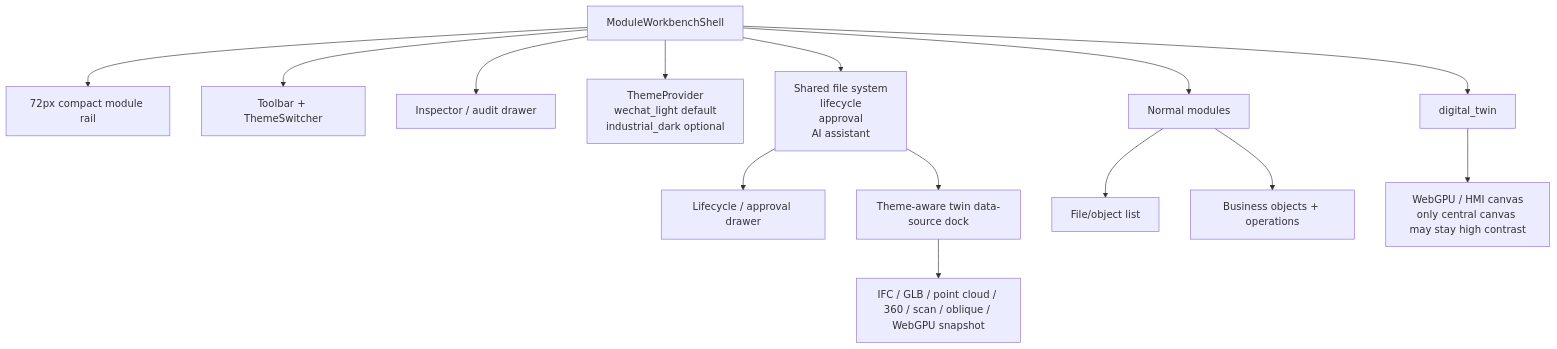
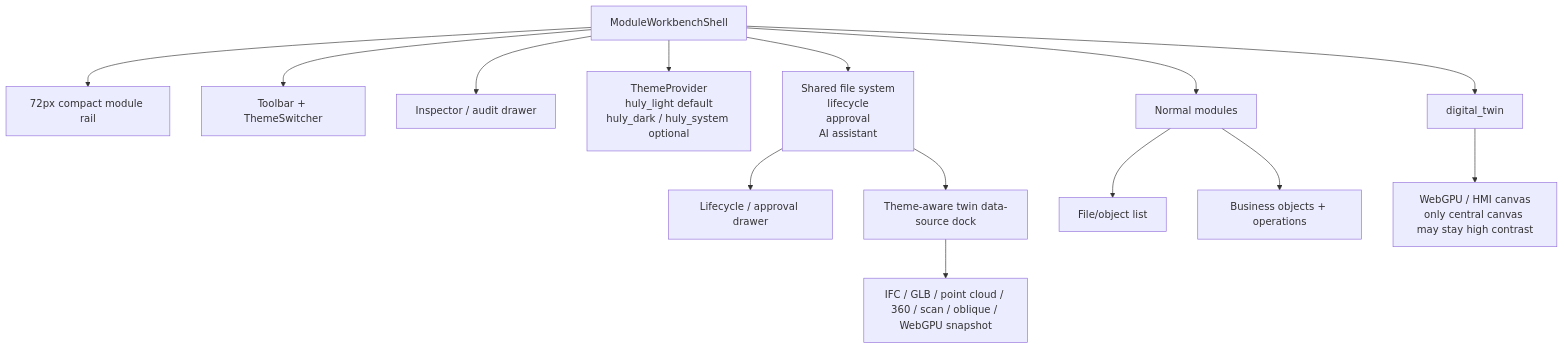
Before and after one commit to ActiveInAI/ArchIToken: diagram 12 of 12 in docs/04_ARCHITOKEN_PANORAMA.md, drawn with Mermaid. The commit also changed other lines of this file and 15 other files, not shown here.

````diff
--- a/docs/04_ARCHITOKEN_PANORAMA.md
+++ b/docs/04_ARCHITOKEN_PANORAMA.md
@@ -394,17 +394,17 @@
 ```mermaid
 flowchart TB
   Shell["ModuleWorkbenchShell"]
   Shell --> Rail["72px compact module rail"]
   Shell --> Toolbar["Toolbar + ThemeSwitcher"]
   Shell --> Drawer["Inspector / audit drawer"]
-  Shell --> Theme["ThemeProvider<br/>wechat_light default<br/>industrial_dark optional"]
+  Shell --> Theme["ThemeProvider<br/>huly_light default<br/>huly_dark / huly_system optional"]
   Shell --> Shared["Shared file system<br/>lifecycle<br/>approval<br/>AI assistant"]
   Shell --> Normal["Normal modules"]
   Shell --> Twin["digital_twin"]
   Normal --> Explorer["File/object list"]
   Normal --> Business["Business objects + operations"]
   Shared --> Lifecycle["Lifecycle / approval drawer"]
   Twin --> Canvas["WebGPU / HMI canvas<br/>only central canvas may stay high contrast"]
   Shared --> Dock["Theme-aware twin data-source dock"]
   Dock --> Sources["IFC / GLB / point cloud / 360 / scan / oblique / WebGPU snapshot"]
 ```
````
